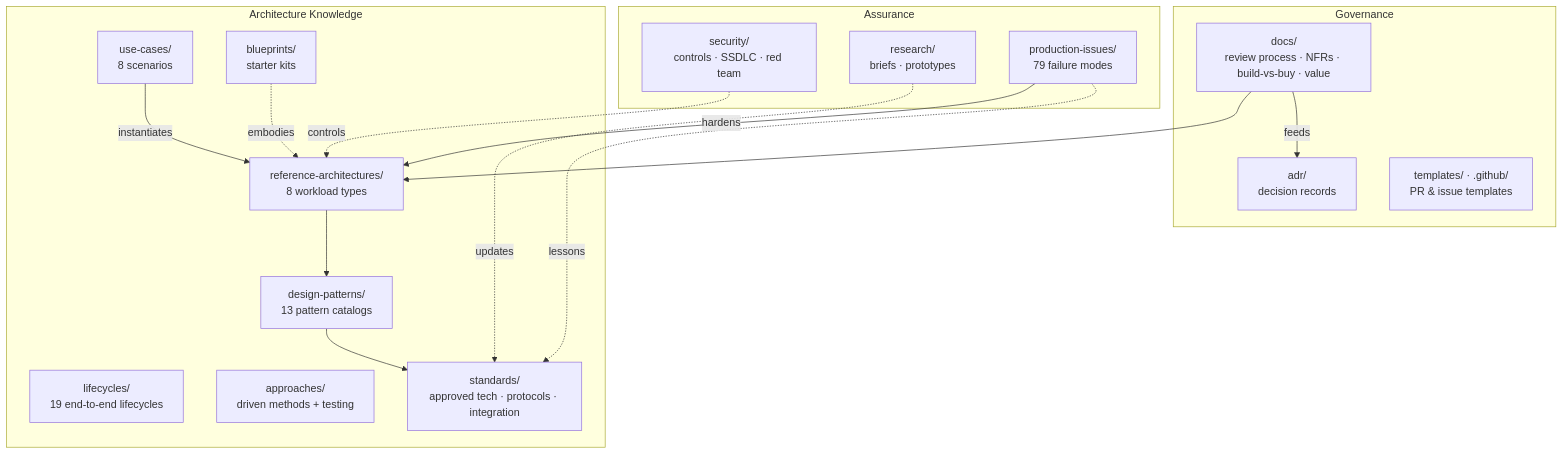
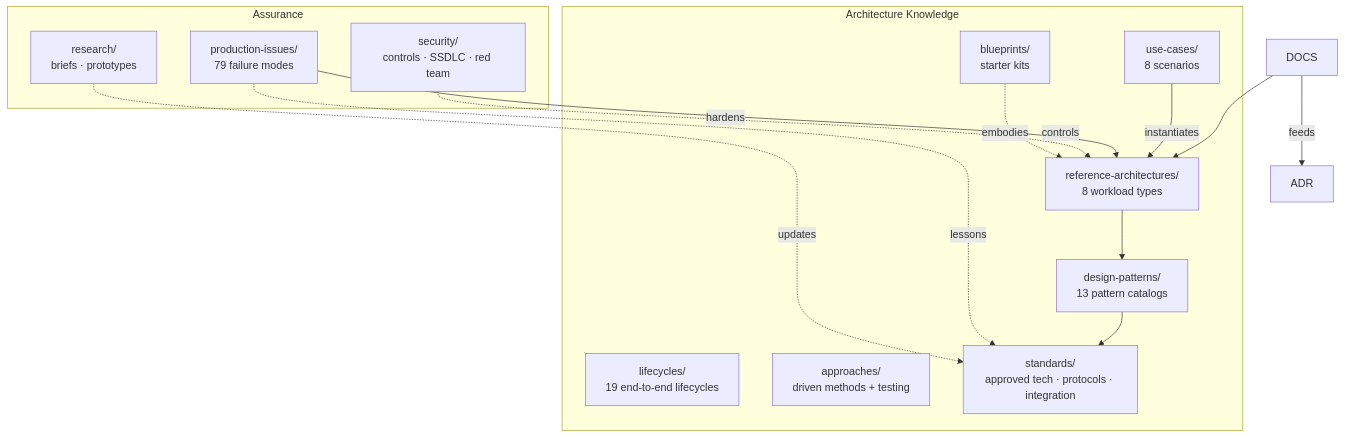
One commit to MrKyaw/Enterprise-AI-Reference-Architecture changed the diagram in README.md. Above: the diagram before and after it, drawn with Mermaid. The commit also changed other lines of this file and 12 other files, not shown here.

````diff
--- a/README.md
+++ b/README.md
@@ -57,32 +69,27 @@
 ```mermaid
 flowchart TB
-    subgraph Governance [Governance]
-        DOCS[docs/<br/>review process · NFRs · build-vs-buy · value]
-        ADR[adr/<br/>decision records]
-        TPL[templates/ · .github/<br/>PR & issue templates]
-    end
     subgraph Knowledge [Architecture Knowledge]
         RA[reference-architectures/<br/>8 workload types]
         LC[lifecycles/<br/>19 end-to-end lifecycles]
         PAT[design-patterns/<br/>13 pattern catalogs]
         APP[approaches/<br/>driven methods + testing]
         UC[use-cases/<br/>8 scenarios]
         STD[standards/<br/>approved tech · protocols · integration]
         BP[blueprints/<br/>starter kits]
     end
     subgraph Assurance [Assurance]
         SEC[security/<br/>controls · SSDLC · red team]
         RES[research/<br/>briefs · prototypes]
         PI[production-issues/<br/>79 failure modes]
     end
 
     RA --> PAT --> STD
     DOCS --> RA
     DOCS -->|feeds| ADR
     UC -->|instantiates| RA
     PI -->|hardens| RA
     PI -.lessons.-> STD
     SEC -.controls.-> RA
     RES -.updates.-> STD
     BP -.embodies.-> RA
 ```
````
